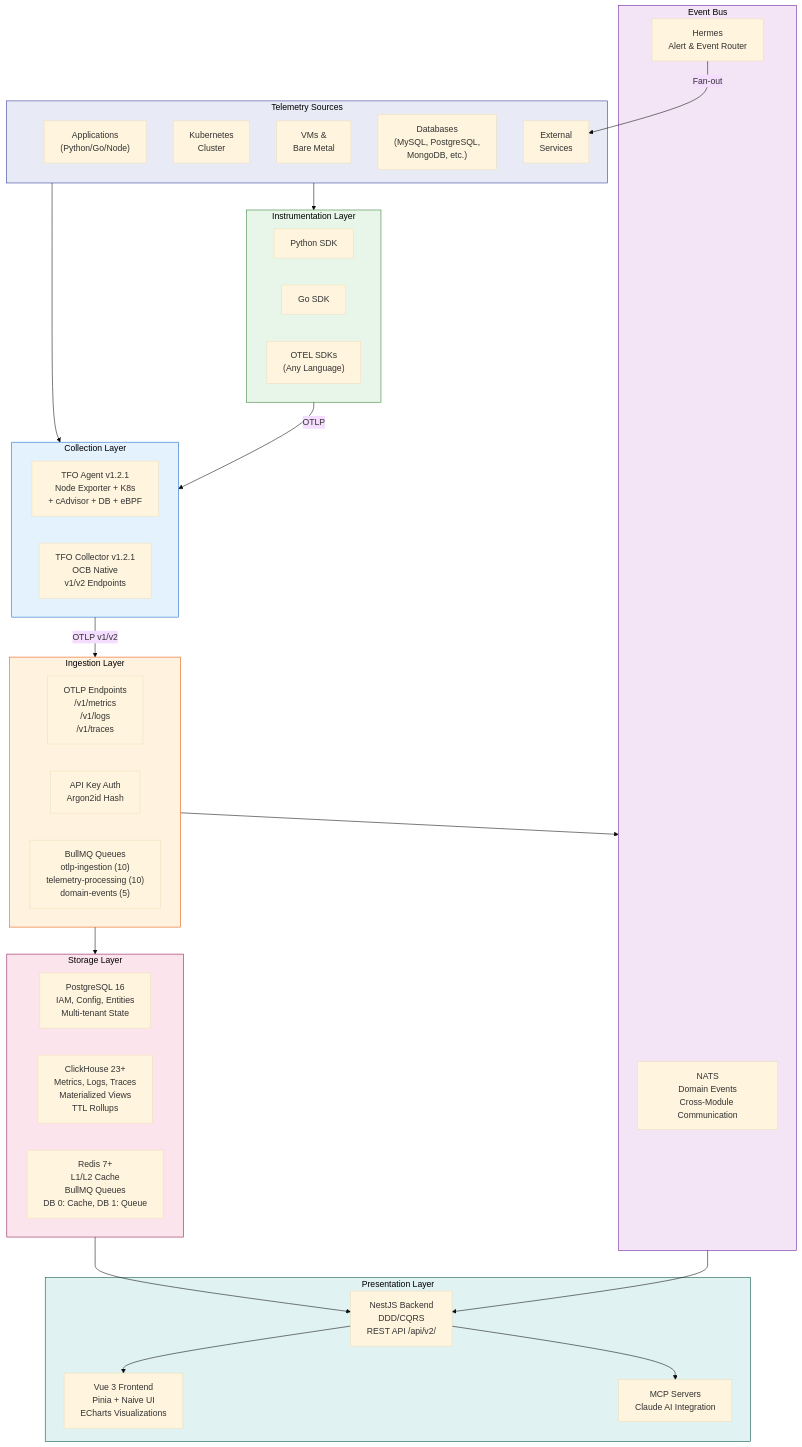
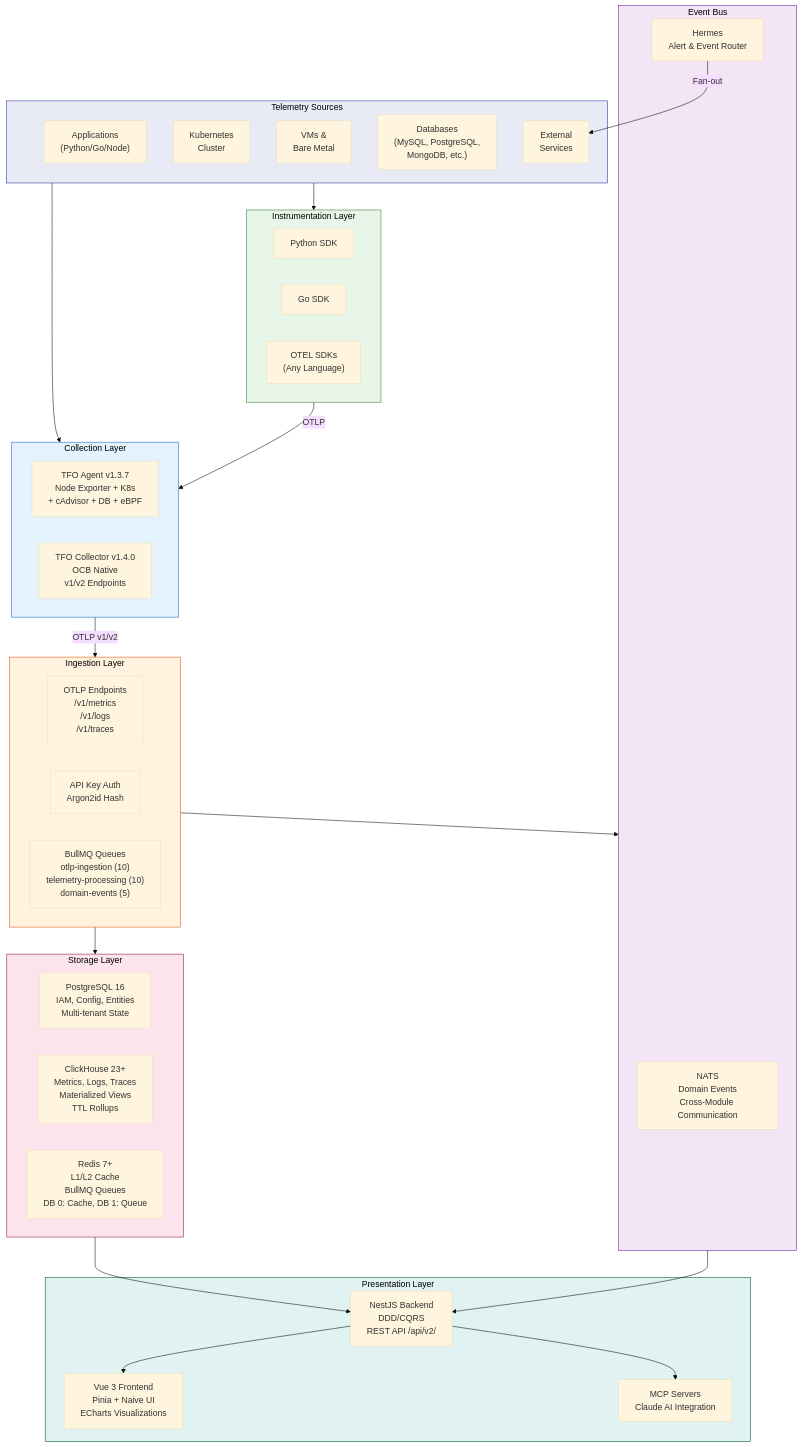
The third of 18 diagrams in README.md (telemetryflow/.github), drawn with Mermaid (base theme) before and after one commit. The commit also changed other lines of this file and 1 other file, not shown here.

````diff
--- a/README.md
+++ b/README.md
@@ -390,64 +390,64 @@
 ```mermaid
 flowchart TB
     subgraph Sources["Telemetry Sources"]
         APP1["Applications<br/>(Python/Go/Node)"]
         K8S["Kubernetes<br/>Cluster"]
         VM["VMs &<br/>Bare Metal"]
         DB["Databases<br/>(MySQL, PostgreSQL,<br/>MongoDB, etc.)"]
         EXT["External<br/>Services"]
     end
 
     subgraph SDKs["Instrumentation Layer"]
         PSDK["Python SDK"]
         GSDK["Go SDK"]
         OTEL["OTEL SDKs<br/>(Any Language)"]
     end
 
     subgraph Collection["Collection Layer"]
-        AGENT["TFO Agent v1.2.1<br/>Node Exporter + K8s<br/>+ cAdvisor + DB + eBPF"]
-        TFOC["TFO Collector v1.2.1<br/>OCB Native<br/>v1/v2 Endpoints"]
+        AGENT["TFO Agent v1.3.7<br/>Node Exporter + K8s<br/>+ cAdvisor + DB + eBPF"]
+        TFOC["TFO Collector v1.4.0<br/>OCB Native<br/>v1/v2 Endpoints"]
     end
 
     subgraph Ingestion["Ingestion Layer"]
         OTLP_EP["OTLP Endpoints<br/>/v1/metrics<br/>/v1/logs<br/>/v1/traces"]
         AUTH["API Key Auth<br/>Argon2id Hash"]
         QUEUE["BullMQ Queues<br/>otlp-ingestion (10)<br/>telemetry-processing (10)<br/>domain-events (5)"]
     end
 
     subgraph Storage["Storage Layer"]
         PG["PostgreSQL 16<br/>IAM, Config, Entities<br/>Multi-tenant State"]
         CH["ClickHouse 23+<br/>Metrics, Logs, Traces<br/>Materialized Views<br/>TTL Rollups"]
         RD["Redis 7+<br/>L1/L2 Cache<br/>BullMQ Queues<br/>DB 0: Cache, DB 1: Queue"]
     end
 
     subgraph Messaging["Event Bus"]
         NATS["NATS<br/>Domain Events<br/>Cross-Module Communication"]
         HERMES["Hermes<br/>Alert & Event Router"]
     end
 
     subgraph Presentation["Presentation Layer"]
         BE["NestJS Backend<br/>DDD/CQRS<br/>REST API /api/v2/"]
         FE["Vue 3 Frontend<br/>Pinia + Naive UI<br/>ECharts Visualizations"]
         MCP["MCP Servers<br/>Claude AI Integration"]
     end
 
     Sources --> SDKs
     Sources --> Collection
     SDKs -->|"OTLP"| Collection
     Collection -->|"OTLP v1/v2"| Ingestion
     Ingestion --> Storage
     Ingestion --> Messaging
     Storage --> BE
     Messaging --> BE
     BE --> FE
     BE --> MCP
     HERMES -->|"Fan-out"| EXT
 
     style Sources fill:#e8eaf6,stroke:#283593,color:#000
     style SDKs fill:#e8f5e9,stroke:#2e7d32,color:#000
     style Collection fill:#e3f2fd,stroke:#1565c0,color:#000
     style Ingestion fill:#fff3e0,stroke:#e65100,color:#000
     style Storage fill:#fce4ec,stroke:#880e4f,color:#000
     style Messaging fill:#f3e5f5,stroke:#6a1b9a,color:#000
     style Presentation fill:#e0f2f1,stroke:#004d40,color:#000
 ```
````
